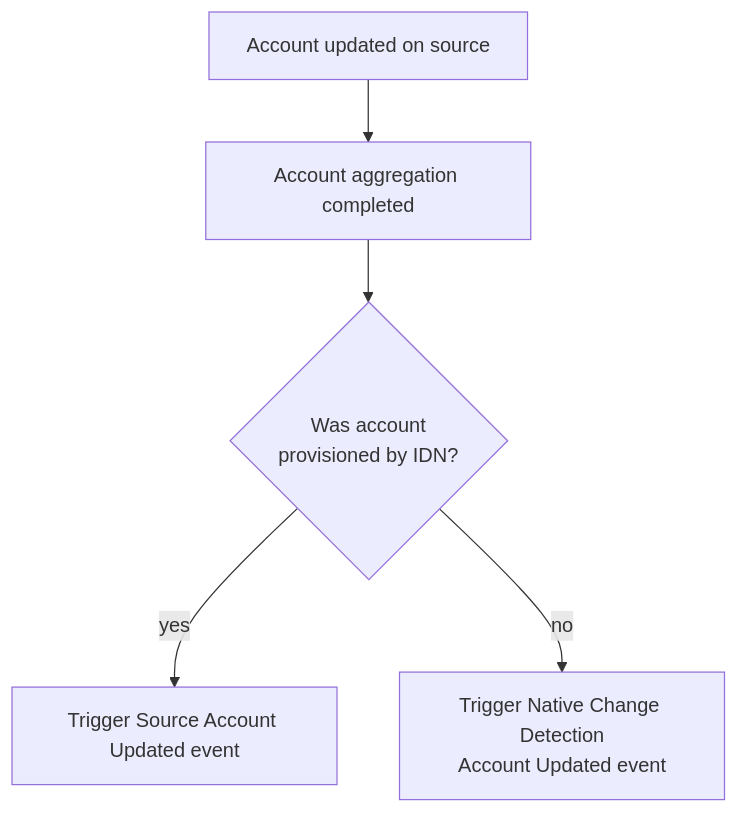
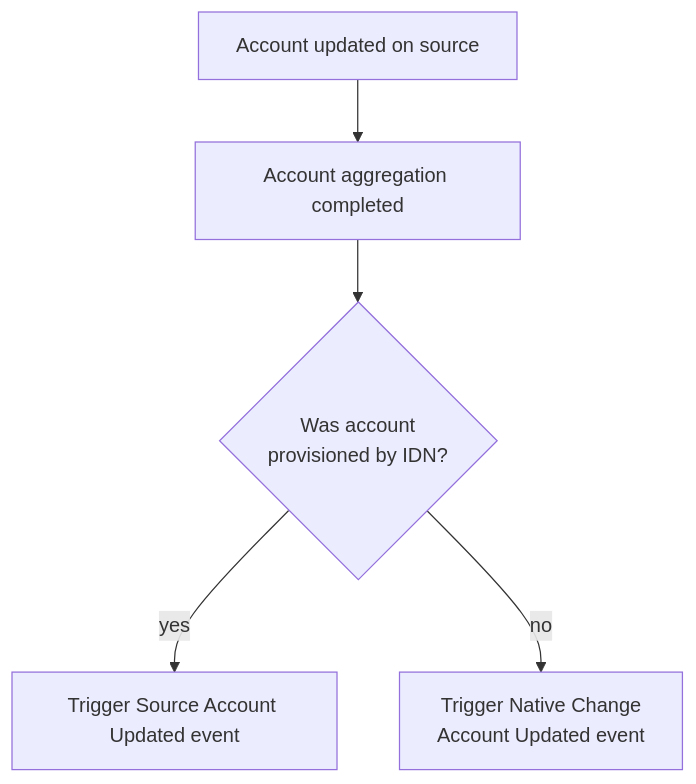
The diagram in products/idn/docs/identity-now/event-triggers/available/native-change-detection-account-updated.md (sailpoint-oss/developer.sailpoint.com), drawn with Mermaid before and after one commit. The commit also changed other lines of this file and 2 other files, not shown here.

````diff
--- a/products/idn/docs/identity-now/event-triggers/available/native-change-detection-account-updated.md
+++ b/products/idn/docs/identity-now/event-triggers/available/native-change-detection-account-updated.md
@@ -28,7 +32,7 @@
 ```mermaid
 flowchart TD
     A[Account updated on source] --> B
     B[Account aggregation completed] --> C{Was account\nprovisioned by IDN?}
     C -->|yes| D[Trigger Source Account Updated event]
-    C -->|no| E[Trigger Native Change Detection\nAccount Updated event]
+    C -->|no| E[Trigger Native Change\nAccount Updated event]
 ```
````
